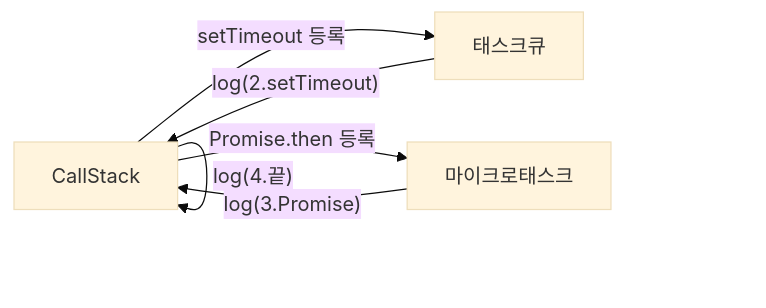
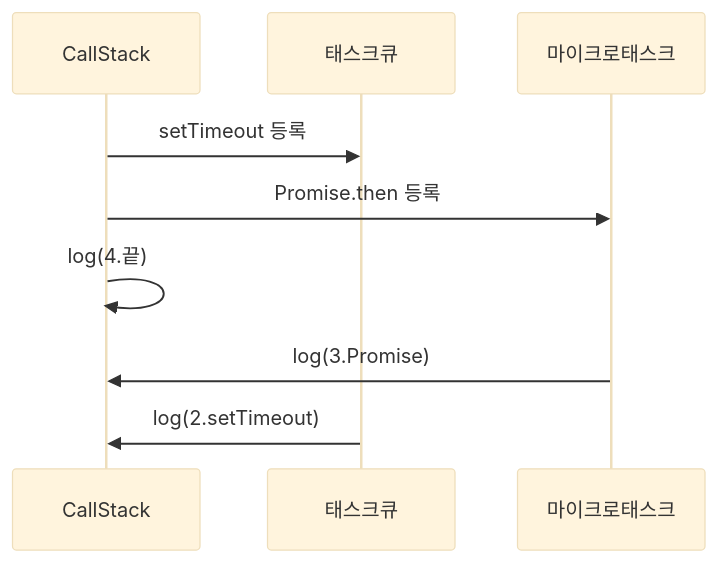
One commit to yjkim2015/yjkim2015.github.io changed the sixth of 13 diagrams in _posts/frontend/2026-05-02-js-event-loop.md. Above: the diagram before and after it, drawn with Mermaid (base theme). The commit also changed other lines of this file and 89 other files, not shown here.

First line of the commit message:
복잡한 flowchart 163개 → sequenceDiagram 변환 (90파일)

````diff
--- a/_posts/frontend/2026-05-02-js-event-loop.md
+++ b/_posts/frontend/2026-05-02-js-event-loop.md
@@ -161,9 +159,8 @@
 ```mermaid
-graph LR
-    CS["CallStack"] -->|"log(1.시작)"| CS
-    CS -->|"setTimeout 등록"| TQ["태스크큐"]
-    CS -->|"Promise.then 등록"| MQ["마이크로태스크"]
-    CS -->|"log(4.끝)"| CS
-    MQ -->|"log(3.Promise)"| CS
-    TQ -->|"log(2.setTimeout)"| CS
+sequenceDiagram
+    CallStack->>태스크큐: setTimeout 등록
+    CallStack->>마이크로태스크: Promise.then 등록
+    CallStack->>CallStack: log(4.끝)
+    마이크로태스크->>CallStack: log(3.Promise)
+    태스크큐->>CallStack: log(2.setTimeout)
 ```
````
